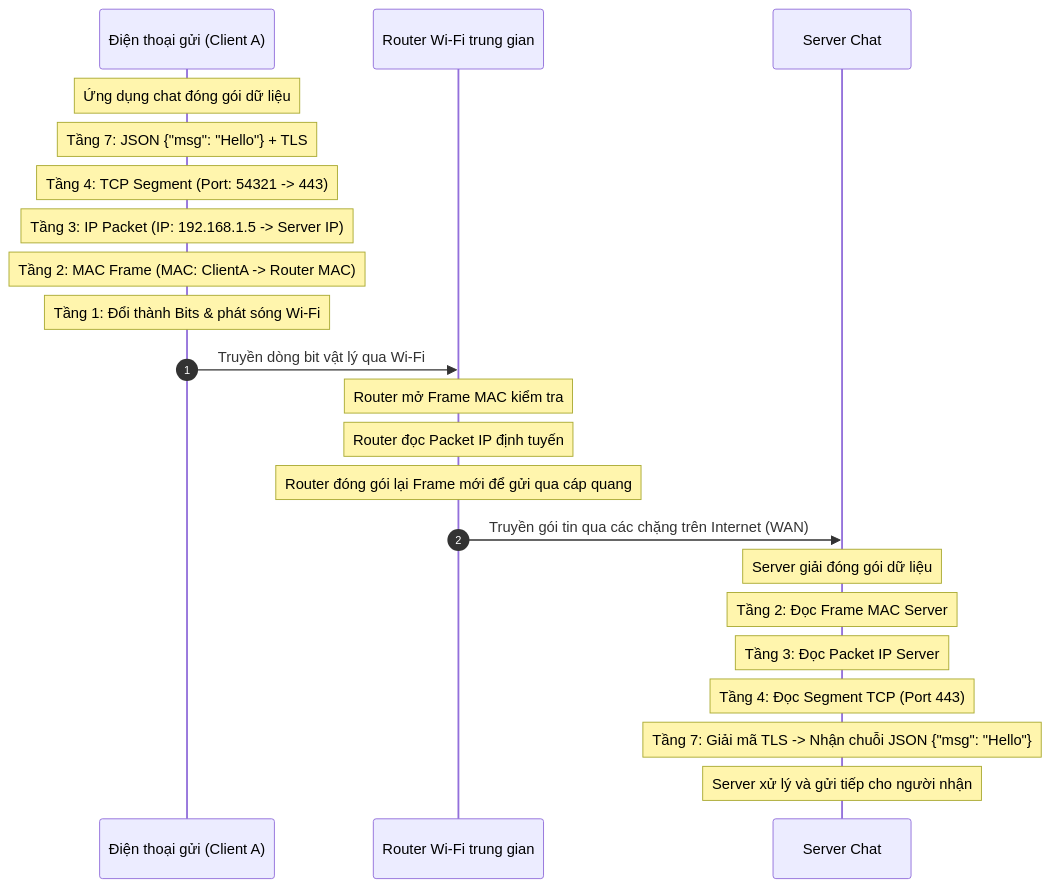
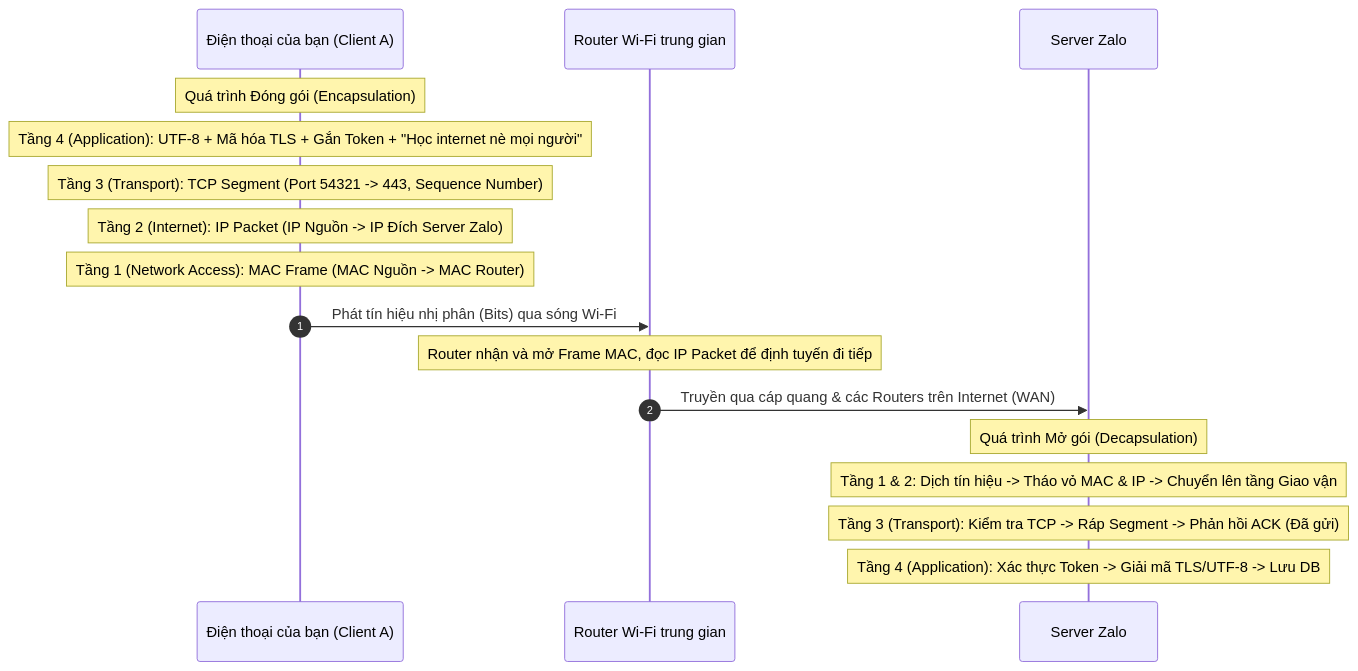
One commit to NghiaDPTWork/cs-fundamentals changed the second of 3 diagrams in network/network_mindmap.md. Above: the diagram before and after it, drawn with Mermaid. The commit also changed other lines of this file, not shown here.

Commit message:
docs: update network_mindmap flows with Zalo and YouTube details

````diff
--- a/network/network_mindmap.md
+++ b/network/network_mindmap.md
@@ -174,29 +174,24 @@
 ```mermaid
 sequenceDiagram
     autonumber
-    participant ClientA as Điện thoại gửi (Client A)
+    participant ClientA as Điện thoại của bạn (Client A)
     participant Router as Router Wi-Fi trung gian
-    participant Server as Server Chat
+    participant Server as Server Zalo
     
-    Note over ClientA: Ứng dụng chat đóng gói dữ liệu
-    Note over ClientA: Tầng 7: JSON {"msg": "Hello"} + TLS
-    Note over ClientA: Tầng 4: TCP Segment (Port: 54321 -> 443)
-    Note over ClientA: Tầng 3: IP Packet (IP: 192.168.1.5 -> Server IP)
-    Note over ClientA: Tầng 2: MAC Frame (MAC: ClientA -> Router MAC)
-    Note over ClientA: Tầng 1: Đổi thành Bits & phát sóng Wi-Fi
+    Note over ClientA: Quá trình Đóng gói (Encapsulation)
+    Note over ClientA: Tầng 4 (Application): UTF-8 + Mã hóa TLS + Gắn Token + "Học internet nè mọi người"
+    Note over ClientA: Tầng 3 (Transport): TCP Segment (Port 54321 -> 443, Sequence Number)
+    Note over ClientA: Tầng 2 (Internet): IP Packet (IP Nguồn -> IP Đích Server Zalo)
+    Note over ClientA: Tầng 1 (Network Access): MAC Frame (MAC Nguồn -> MAC Router)
     
-    ClientA->>Router: Truyền dòng bit vật lý qua Wi-Fi
+    ClientA->>Router: Phát tín hiệu nhị phân (Bits) qua sóng Wi-Fi
     
-    Note over Router: Router mở Frame MAC kiểm tra
-    Note over Router: Router đọc Packet IP định tuyến
-    Note over Router: Router đóng gói lại Frame mới để gửi qua cáp quang
+    Note over Router: Router nhận và mở Frame MAC, đọc IP Packet để định tuyến đi tiếp
     
-    Router->>Server: Truyền gói tin qua các chặng trên Internet (WAN)
+    Router->>Server: Truyền qua cáp quang & các Routers trên Internet (WAN)
     
-    Note over Server: Server giải đóng gói dữ liệu
-    Note over Server: Tầng 2: Đọc Frame MAC Server
-    Note over Server: Tầng 3: Đọc Packet IP Server
-    Note over Server: Tầng 4: Đọc Segment TCP (Port 443)
-    Note over Server: Tầng 7: Giải mã TLS -> Nhận chuỗi JSON {"msg": "Hello"}
-    Note over Server: Server xử lý và gửi tiếp cho người nhận
+    Note over Server: Quá trình Mở gói (Decapsulation)
+    Note over Server: Tầng 1 & 2: Dịch tín hiệu -> Tháo vỏ MAC & IP -> Chuyển lên tầng Giao vận
+    Note over Server: Tầng 3 (Transport): Kiểm tra TCP -> Ráp Segment -> Phản hồi ACK (Đã gửi)
+    Note over Server: Tầng 4 (Application): Xác thực Token -> Giải mã TLS/UTF-8 -> Lưu DB
 ```
````
